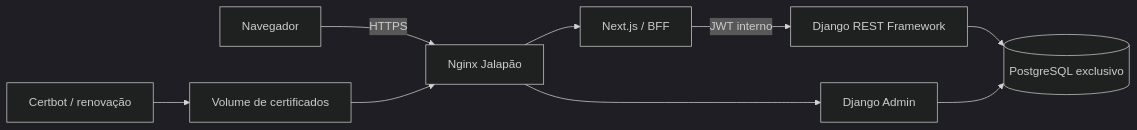
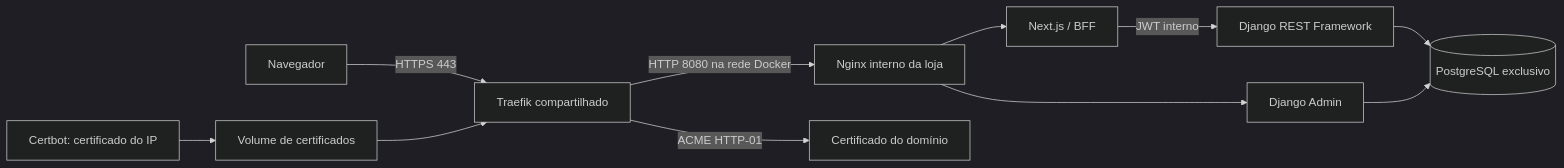
The first of 2 diagrams in docs/architecture.md (jpjamal/jalapao-store), drawn with Mermaid (dark theme) before and after one commit. The commit also changed other lines of this file and 3 other files, not shown here.

````diff
--- a/docs/architecture.md
+++ b/docs/architecture.md
@@ -3,11 +3,13 @@
 ```mermaid
 flowchart LR
-  Browser[Navegador] -->|HTTPS| Proxy[Nginx Jalapão]
+  Browser[Navegador] -->|HTTPS 443| Traefik[Traefik compartilhado]
+  Traefik -->|HTTP 8080 na rede Docker| Proxy[Nginx interno da loja]
   Proxy --> Next[Next.js / BFF]
   Next -->|JWT interno| API[Django REST Framework]
   Proxy --> Admin[Django Admin]
   API --> DB[(PostgreSQL exclusivo)]
   Admin --> DB
-  ACME[Certbot / renovação] --> Certs[Volume de certificados]
-  Certs --> Proxy
+  Traefik -->|ACME HTTP-01| DomainCert[Certificado do domínio]
+  Certbot[Certbot: certificado do IP] --> Certs[Volume de certificados]
+  Certs --> Traefik
 ```
````
